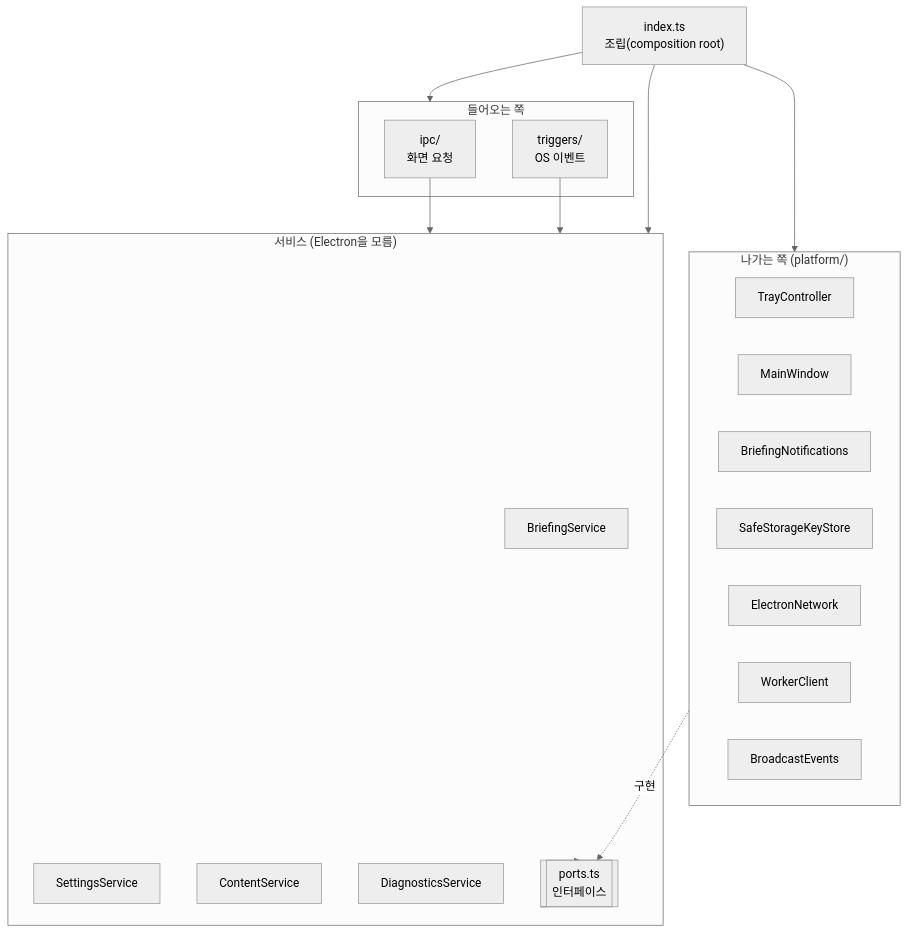
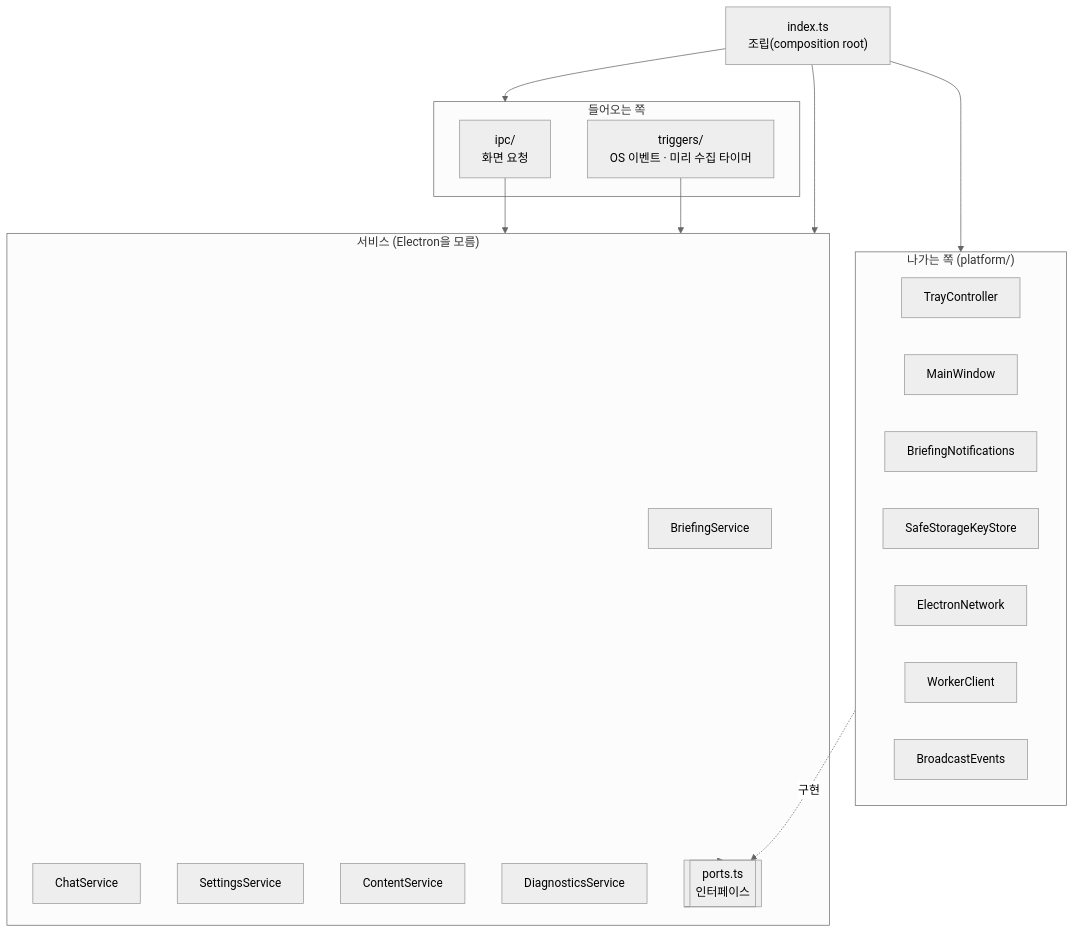
One commit to EPIGEXE/jogan-news changed the second of 4 diagrams in docs/02-architecture.md. Above: the diagram before and after it, drawn with Mermaid (neutral theme). The commit also changed other lines of this file and 123 other files, not shown here.

````diff
--- a/docs/02-architecture.md
+++ b/docs/02-architecture.md
@@ -52,28 +52,29 @@
 ```mermaid
 flowchart TB
   subgraph IN["들어오는 쪽"]
     ipc["ipc/<br/>화면 요청"]
-    trg["triggers/<br/>OS 이벤트"]
+    trg["triggers/<br/>OS 이벤트 · 미리 수집 타이머"]
   end
   subgraph S["서비스 (Electron을 모름)"]
     bs[BriefingService]
+    chs[ChatService]
     ss[SettingsService]
     cs[ContentService]
     ds[DiagnosticsService]
     ports[[ports.ts<br/>인터페이스]]
   end
   subgraph OUT["나가는 쪽 (platform/)"]
     tray[TrayController]
     win[MainWindow]
     noti[BriefingNotifications]
     keys[SafeStorageKeyStore]
     net[ElectronNetwork]
     wc[WorkerClient]
     ev[BroadcastEvents]
   end
   ipc --> S
   trg --> S
   S --> ports
   OUT -. 구현 .-> ports
   root["index.ts<br/>조립(composition root)"] --> IN & S & OUT
 ```
````
